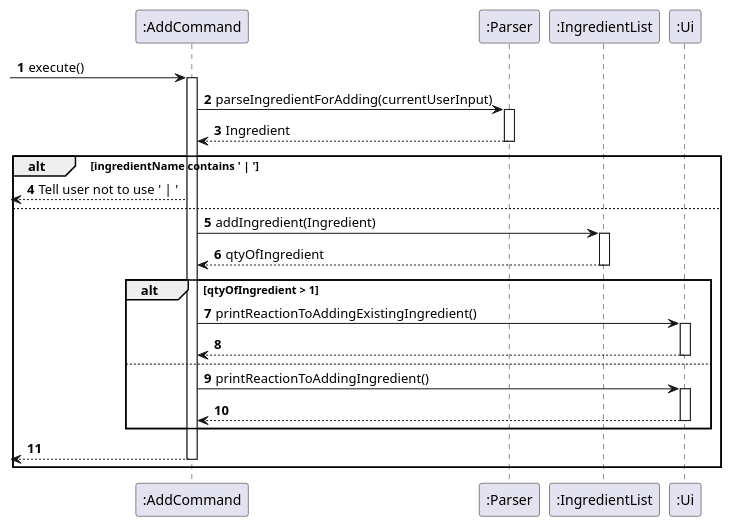
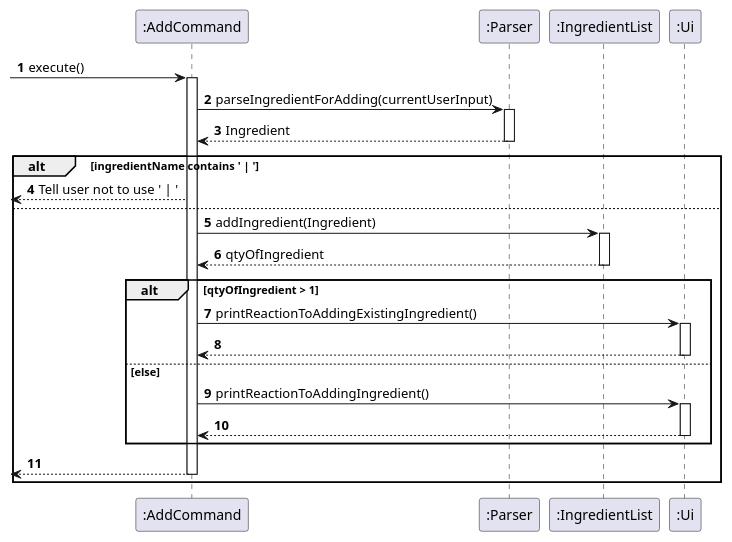
One commit to uosjapuelks/tp changed the diagram in docs/umlDiagrams/AddSequence.puml. Above: the diagram before and after it, drawn with PlantUML. The commit also changed 1 other file, not shown here.

Commit message:
Update Add Sequence Diagram

```diff
--- a/docs/umlDiagrams/AddSequence.puml
+++ b/docs/umlDiagrams/AddSequence.puml
@@ -1,46 +1,46 @@
 @startuml
 'https://plantuml.com/sequence-diagram
 
 autonumber
 
 -> ":AddCommand": execute()
 activate ":AddCommand"
 
 ":AddCommand" -> ":Parser": parseIngredientForAdding(currentUserInput)
 activate ":Parser"
 ":AddCommand" <-- ":Parser": Ingredient
 deactivate ":Parser"
 
 alt ingredientName contains ' | '
 
     <-- ":AddCommand": Tell user not to use ' | '
 
 else
 
     ":AddCommand" -> ":IngredientList": addIngredient(Ingredient)
     activate ":IngredientList"
 
     ":AddCommand" <-- ":IngredientList": qtyOfIngredient
     deactivate ":IngredientList"
 
     alt qtyOfIngredient > 1
 
         ":AddCommand" -> ":Ui": printReactionToAddingExistingIngredient()
         activate ":Ui"
         ":AddCommand" <-- ":Ui"
         deactivate ":Ui"
 
-    else
+    else else
         ":AddCommand" -> ":Ui": printReactionToAddingIngredient()
         activate ":Ui"
         ":AddCommand" <-- ":Ui"
         deactivate ":Ui"
 
     end
 
     <-- ":AddCommand"
     deactivate ":AddCommand"
 end
 
 
 @enduml
```
